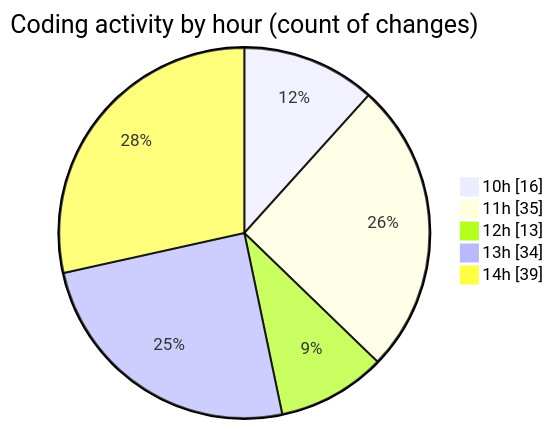
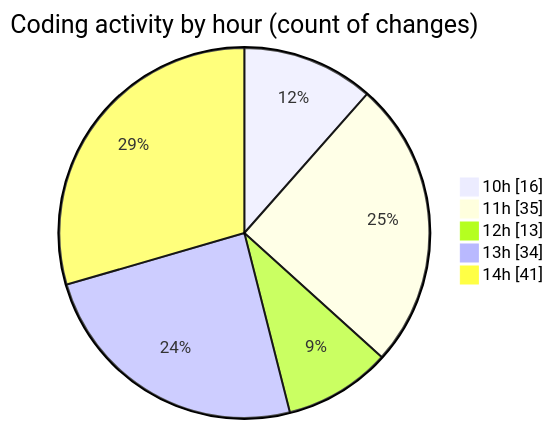
The second of 2 diagrams in 2025-02-20/micros/README.md (charlie-sans/code-tracking), drawn with Mermaid before and after one commit. The commit also changed other lines of this file and 1 other file, not shown here.

````diff
--- a/2025-02-20/micros/README.md
+++ b/2025-02-20/micros/README.md
@@ -54,9 +54,9 @@
 ```mermaid
 pie showData
 title Coding activity by hour (count of changes)
 "10h" : 16
 "11h" : 35
 "12h" : 13
 "13h" : 34
-"14h" : 39
+"14h" : 41
 ```
````
